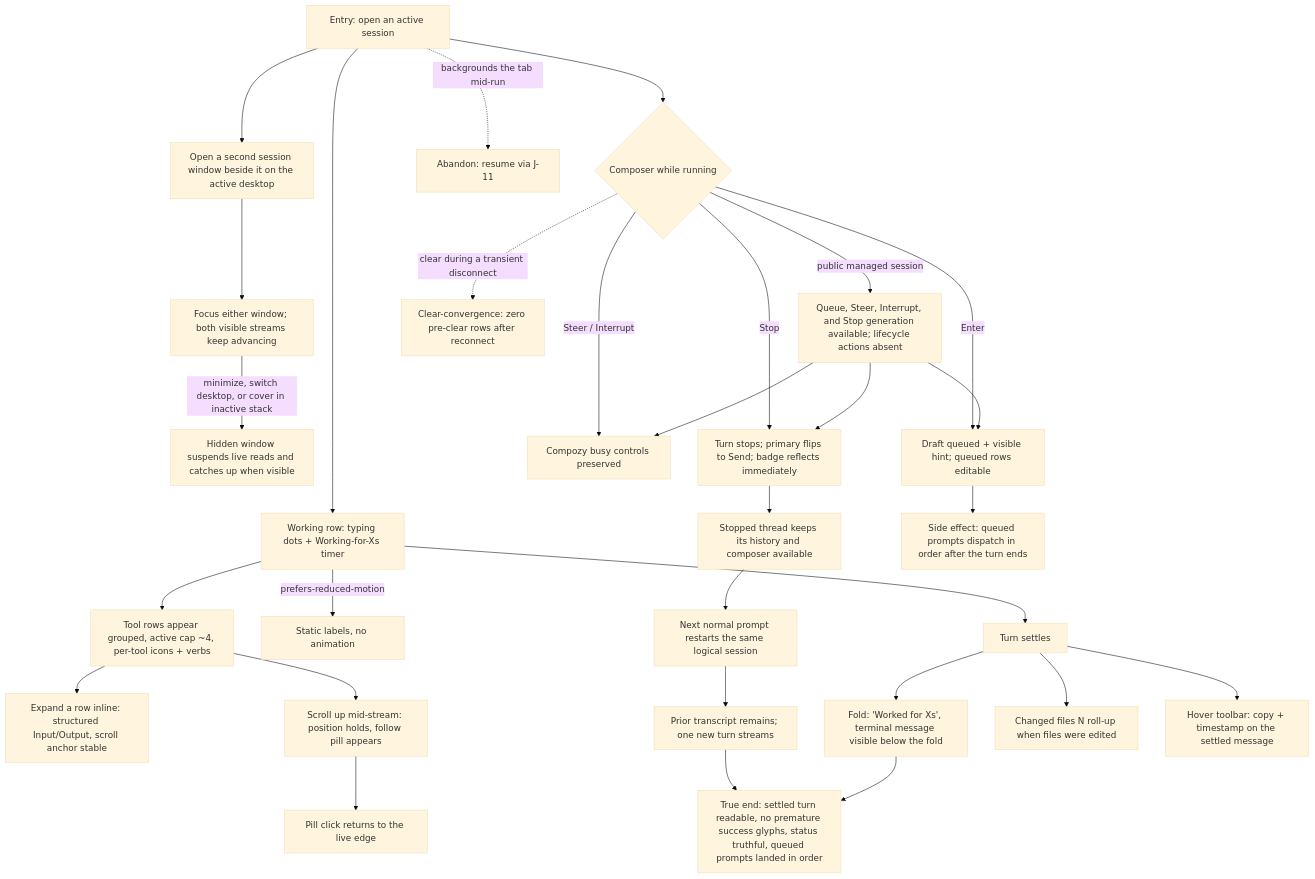
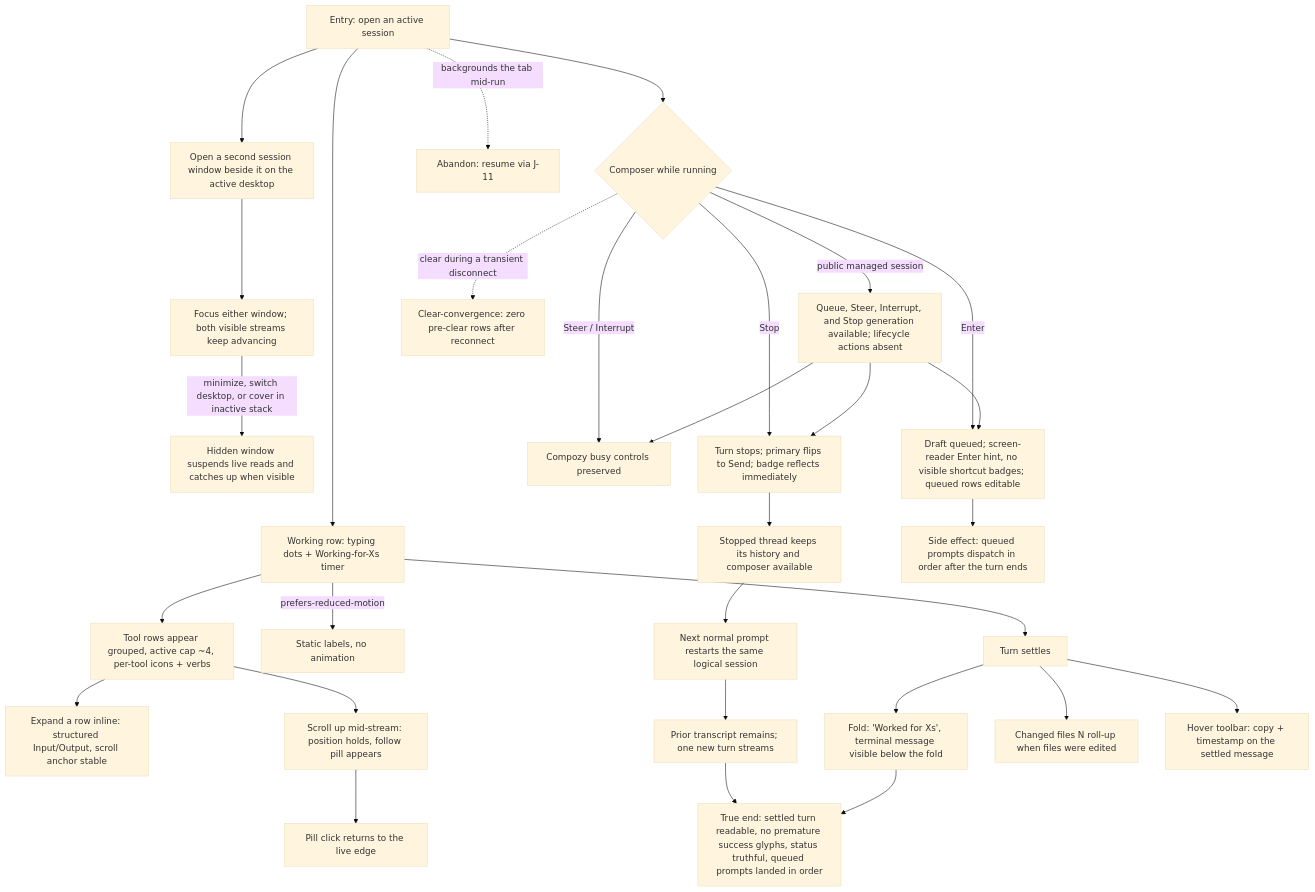
The diagram in docs/qa/journeys/J-13-follow-a-live-run.md (compozy/compozy), drawn with Mermaid (base theme) before and after one commit. The commit also changed other lines of this file and 1 other file, not shown here.

Commit message:
docs: record the composer toolbar standard in RT-059 and J-13

````diff
--- a/docs/qa/journeys/J-13-follow-a-live-run.md
+++ b/docs/qa/journeys/J-13-follow-a-live-run.md
@@ -5,32 +5,32 @@
 ```mermaid
 flowchart TD
     E[Entry: open an active session] --> W[Working row: typing dots + Working-for-Xs timer]
     E --> VW[Open a second session window beside it on the active desktop]
     VW --> VF[Focus either window; both visible streams keep advancing]
     VF -->|minimize, switch desktop, or cover in inactive stack| VD[Hidden window suspends live reads and catches up when visible]
     W --> TR[Tool rows appear grouped, active cap ~4, per-tool icons + verbs]
     TR --> EX[Expand a row inline: structured Input/Output, scroll anchor stable]
     TR --> SCRL[Scroll up mid-stream: position holds, follow pill appears]
     SCRL --> PILL[Pill click returns to the live edge]
     W -->|prefers-reduced-motion| RM[Static labels, no animation]
     E --> C{Composer while running}
     C -->|public managed session| MC[Queue, Steer, Interrupt, and Stop generation available; lifecycle actions absent]
     MC --> Q
     MC --> SI
     MC --> STP
-    C -->|Enter| Q[Draft queued + visible hint; queued rows editable]
+    C -->|Enter| Q[Draft queued; screen-reader Enter hint, no visible shortcut badges; queued rows editable]
     C -->|Stop| STP[Turn stops; primary flips to Send; badge reflects immediately]
     STP --> READY[Stopped thread keeps its history and composer available]
     READY --> RESTART[Next normal prompt restarts the same logical session]
     RESTART --> SAME[Prior transcript remains; one new turn streams]
     C -->|Steer / Interrupt| SI[Compozy busy controls preserved]
     Q --> DQ[Side effect: queued prompts dispatch in order after the turn ends]
     W --> SET[Turn settles]
     SET --> F[Fold: 'Worked for Xs', terminal message visible below the fold]
     SET --> CF[Changed files N roll-up when files were edited]
     SET --> HT[Hover toolbar: copy + timestamp on the settled message]
     C -.->|clear during a transient disconnect| CLR[Clear-convergence: zero pre-clear rows after reconnect]
     E -.->|backgrounds the tab mid-run| AB[Abandon: resume via J-11]
     F --> TE[True end: settled turn readable, no premature success glyphs, status truthful, queued prompts landed in order]
     SAME --> TE
 ```
````
